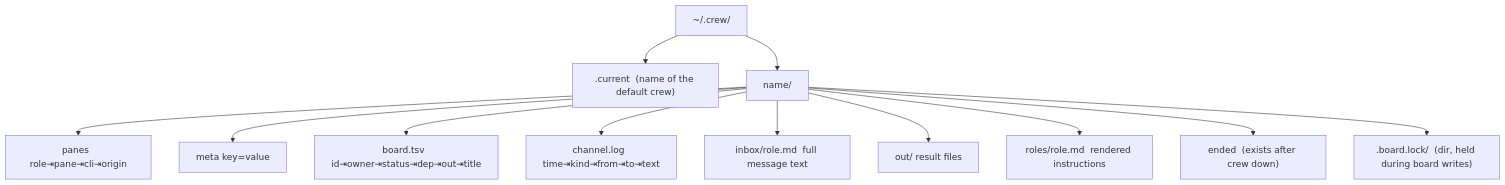
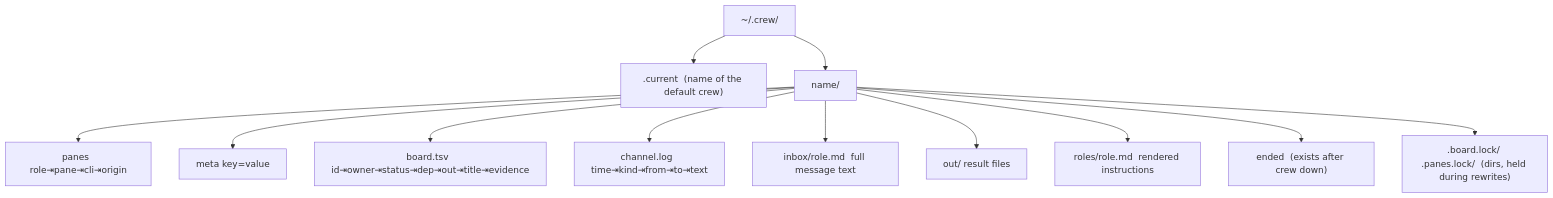
One commit to mifwar/crew changed the diagram in lode/architecture/state-files.md. Above: the diagram before and after it, drawn with Mermaid. The commit also changed other lines of this file and 24 other files, not shown here.

First line of the commit message:
crew: rebind, say + sender labels, task --out/--evidence, note, restyle, skill, web send

````diff
--- a/lode/architecture/state-files.md
+++ b/lode/architecture/state-files.md
@@ -6,14 +6,14 @@
 ```mermaid
 flowchart TD
   home["~/.crew/"] --> cur[".current  (name of the default crew)"]
   home --> d["name/"]
   d --> panes["panes  role⇥pane⇥cli⇥origin"]
   d --> meta["meta  key=value"]
-  d --> board["board.tsv  id⇥owner⇥status⇥dep⇥out⇥title"]
+  d --> board["board.tsv  id⇥owner⇥status⇥dep⇥out⇥title⇥evidence"]
   d --> log["channel.log  time⇥kind⇥from⇥to⇥text"]
   d --> inbox["inbox/role.md  full message text"]
   d --> out["out/  result files"]
   d --> roles["roles/role.md  rendered instructions"]
   d --> ended["ended  (exists after crew down)"]
-  d --> lock[".board.lock/  (dir, held during board writes)"]
+  d --> lock[".board.lock/ .panes.lock/  (dirs, held during rewrites)"]
 ```
````
